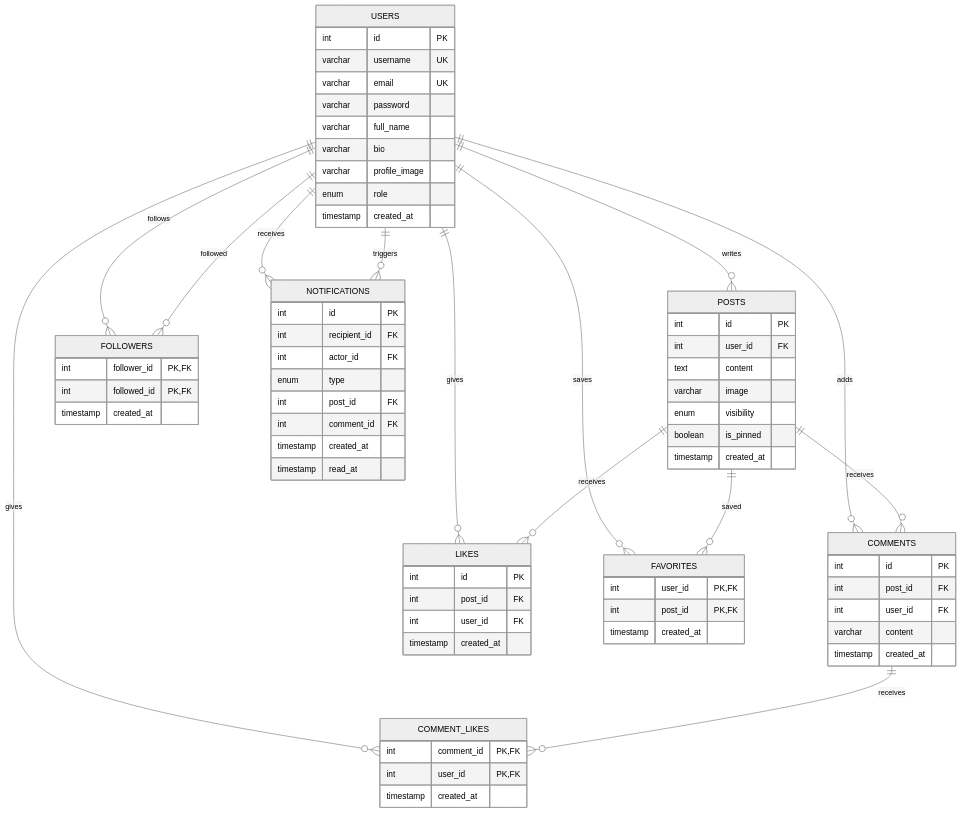
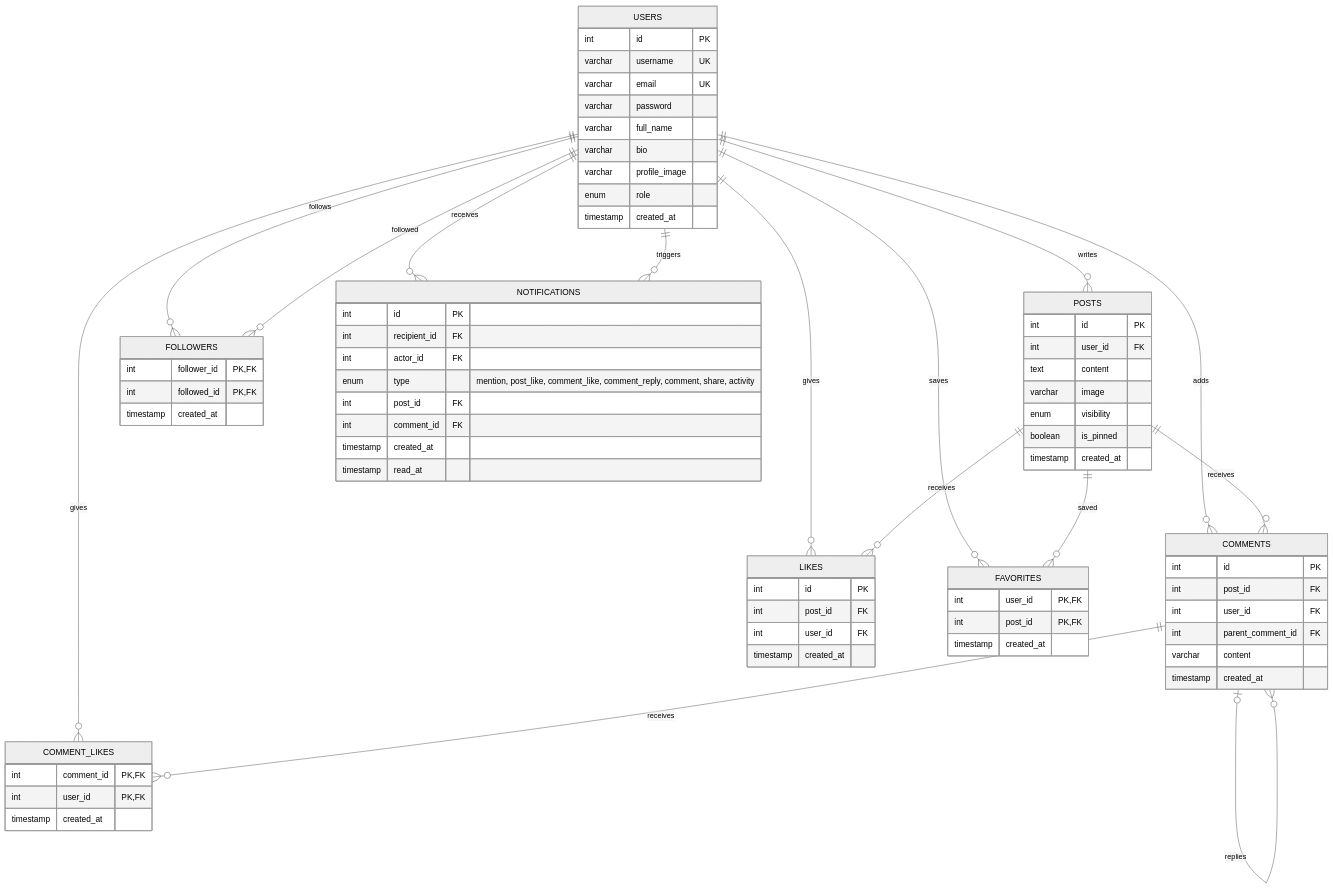
The diagram in sql/ERD.md (algarmeclarkjustin/mvxb-chatspace), drawn with Mermaid (neutral theme) before and after one commit. The commit also changed 15 other files, not shown here.

````diff
--- a/sql/ERD.md
+++ b/sql/ERD.md
@@ -3,75 +3,77 @@
 ```mermaid
 erDiagram
     USERS ||--o{ POSTS : writes
     USERS ||--o{ COMMENTS : adds
     POSTS ||--o{ COMMENTS : receives
+    COMMENTS o|--o{ COMMENTS : replies
     USERS ||--o{ LIKES : gives
     POSTS ||--o{ LIKES : receives
     USERS ||--o{ FOLLOWERS : follows
     USERS ||--o{ FOLLOWERS : followed
     USERS ||--o{ FAVORITES : saves
     POSTS ||--o{ FAVORITES : saved
     USERS ||--o{ COMMENT_LIKES : gives
     COMMENTS ||--o{ COMMENT_LIKES : receives
     USERS ||--o{ NOTIFICATIONS : receives
     USERS ||--o{ NOTIFICATIONS : triggers
 
     USERS {
         int id PK
         varchar username UK
         varchar email UK
         varchar password
         varchar full_name
         varchar bio
         varchar profile_image
         enum role
         timestamp created_at
     }
     POSTS {
         int id PK
         int user_id FK
         text content
         varchar image
         enum visibility
         boolean is_pinned
         timestamp created_at
     }
     COMMENTS {
         int id PK
         int post_id FK
         int user_id FK
+        int parent_comment_id FK
         varchar content
         timestamp created_at
     }
     LIKES {
         int id PK
         int post_id FK
         int user_id FK
         timestamp created_at
     }
     FOLLOWERS {
         int follower_id PK, FK
         int followed_id PK, FK
         timestamp created_at
     }
     FAVORITES {
         int user_id PK, FK
         int post_id PK, FK
         timestamp created_at
     }
     COMMENT_LIKES {
         int comment_id PK, FK
         int user_id PK, FK
         timestamp created_at
     }
     NOTIFICATIONS {
         int id PK
         int recipient_id FK
         int actor_id FK
-        enum type
+        enum type "mention, post_like, comment_like, comment_reply, comment, share, activity"
         int post_id FK
         int comment_id FK
         timestamp created_at
         timestamp read_at
     }
 ```
````
